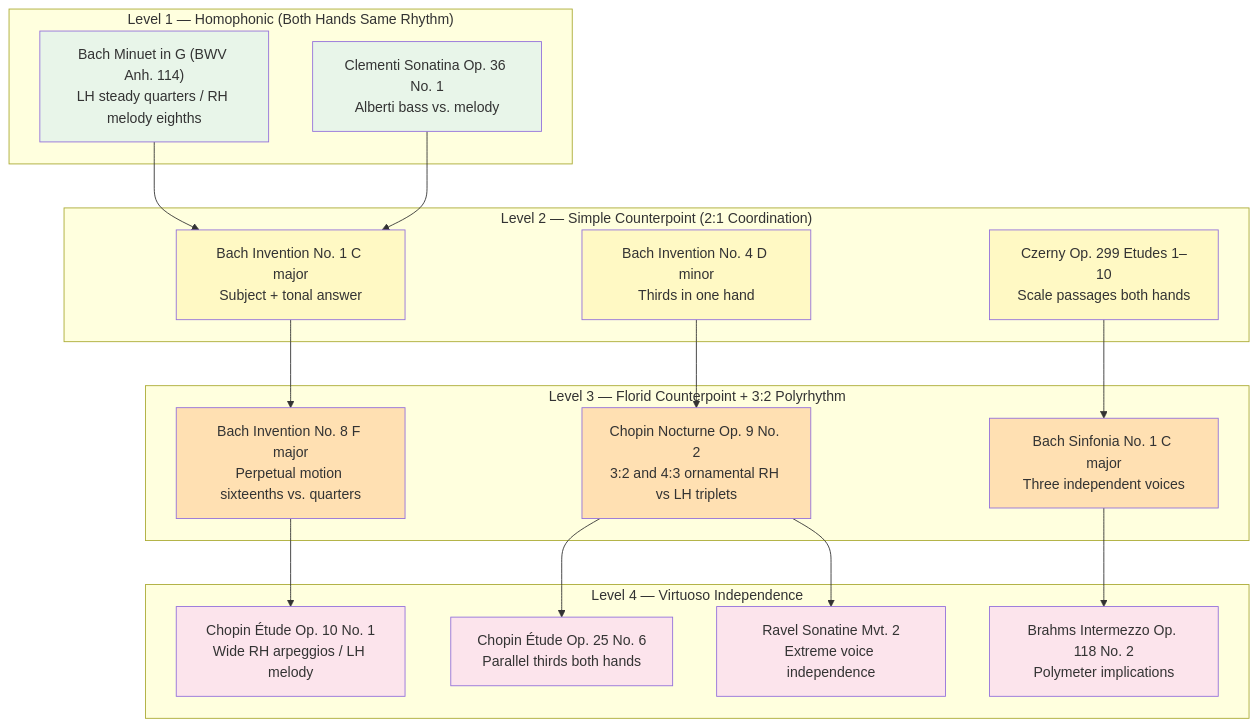
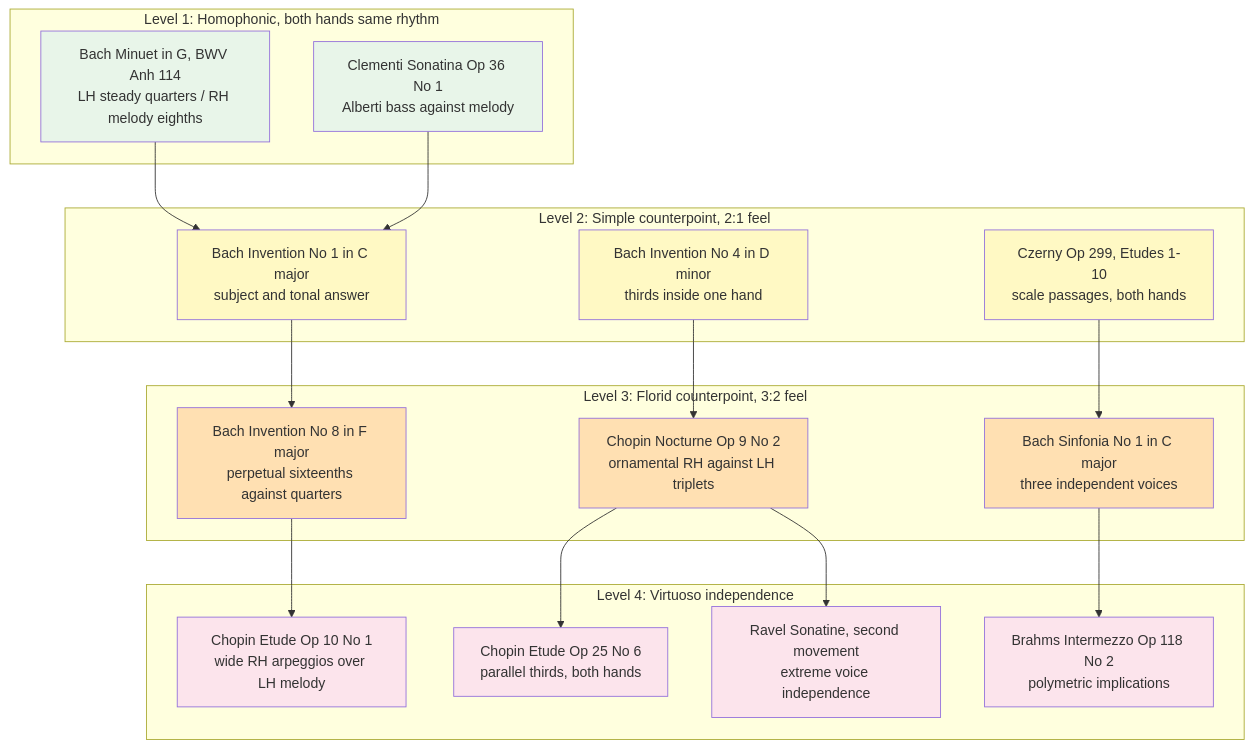
The fourth of 5 diagrams in topics/arts/music_performance/piano/lesson_04_two_handed_rhythmic_independence.md (blebleblee/synapse), drawn with Mermaid before and after one commit. The commit also changed other lines of this file and 4 other files, not shown here.

````diff
--- a/topics/arts/music_performance/piano/lesson_04_two_handed_rhythmic_independence.md
+++ b/topics/arts/music_performance/piano/lesson_04_two_handed_rhythmic_independence.md
@@ -647,49 +556,49 @@
 ```mermaid
 graph TB
-    subgraph sub_level1 ["Level 1 — Homophonic (Both Hands Same Rhythm)"]
-        L1A["Bach Minuet in G (BWV Anh. 114)<br/>LH steady quarters / RH melody eighths"]
-        L1B["Clementi Sonatina Op. 36 No. 1<br/>Alberti bass vs. melody"]
+    subgraph sub_level1 ["Level 1: Homophonic, both hands same rhythm"]
+        L1A["Bach Minuet in G, BWV Anh 114<br/>LH steady quarters / RH melody eighths"]
+        L1B["Clementi Sonatina Op 36 No 1<br/>Alberti bass against melody"]
     end
 
-    subgraph sub_level2 ["Level 2 — Simple Counterpoint (2:1 Coordination)"]
-        L2A["Bach Invention No. 1 C major<br/>Subject + tonal answer"]
-        L2B["Bach Invention No. 4 D minor<br/>Thirds in one hand"]
-        L2C["Czerny Op. 299 Etudes 1–10<br/>Scale passages both hands"]
+    subgraph sub_level2 ["Level 2: Simple counterpoint, 2:1 feel"]
+        L2A["Bach Invention No 1 in C major<br/>subject and tonal answer"]
+        L2B["Bach Invention No 4 in D minor<br/>thirds inside one hand"]
+        L2C["Czerny Op 299, Etudes 1-10<br/>scale passages, both hands"]
     end
 
-    subgraph sub_level3 ["Level 3 — Florid Counterpoint + 3:2 Polyrhythm"]
-        L3A["Bach Invention No. 8 F major<br/>Perpetual motion sixteenths vs. quarters"]
-        L3B["Chopin Nocturne Op. 9 No. 2<br/>3:2 and 4:3 ornamental RH vs LH triplets"]
-        L3C["Bach Sinfonia No. 1 C major<br/>Three independent voices"]
+    subgraph sub_level3 ["Level 3: Florid counterpoint, 3:2 feel"]
+        L3A["Bach Invention No 8 in F major<br/>perpetual sixteenths against quarters"]
+        L3B["Chopin Nocturne Op 9 No 2<br/>ornamental RH against LH triplets"]
+        L3C["Bach Sinfonia No 1 in C major<br/>three independent voices"]
     end
 
-    subgraph sub_level4 ["Level 4 — Virtuoso Independence"]
-        L4A["Chopin Étude Op. 10 No. 1<br/>Wide RH arpeggios / LH melody"]
-        L4B["Chopin Étude Op. 25 No. 6<br/>Parallel thirds both hands"]
-        L4C["Brahms Intermezzo Op. 118 No. 2<br/>Polymeter implications"]
-        L4D["Ravel Sonatine Mvt. 2<br/>Extreme voice independence"]
+    subgraph sub_level4 ["Level 4: Virtuoso independence"]
+        L4A["Chopin Etude Op 10 No 1<br/>wide RH arpeggios over LH melody"]
+        L4B["Chopin Etude Op 25 No 6<br/>parallel thirds, both hands"]
+        L4C["Brahms Intermezzo Op 118 No 2<br/>polymetric implications"]
+        L4D["Ravel Sonatine, second movement<br/>extreme voice independence"]
     end
 
     L1A --> L2A
     L1B --> L2A
     L2A --> L3A
     L2B --> L3B
     L2C --> L3C
     L3A --> L4A
     L3B --> L4B
     L3C --> L4C
     L3B --> L4D
 
     style L1A fill:#e8f5e9
     style L1B fill:#e8f5e9
     style L2A fill:#fff9c4
     style L2B fill:#fff9c4
     style L2C fill:#fff9c4
     style L3A fill:#ffe0b2
     style L3B fill:#ffe0b2
     style L3C fill:#ffe0b2
     style L4A fill:#fce4ec
     style L4B fill:#fce4ec
     style L4C fill:#fce4ec
     style L4D fill:#fce4ec
 ```
````
